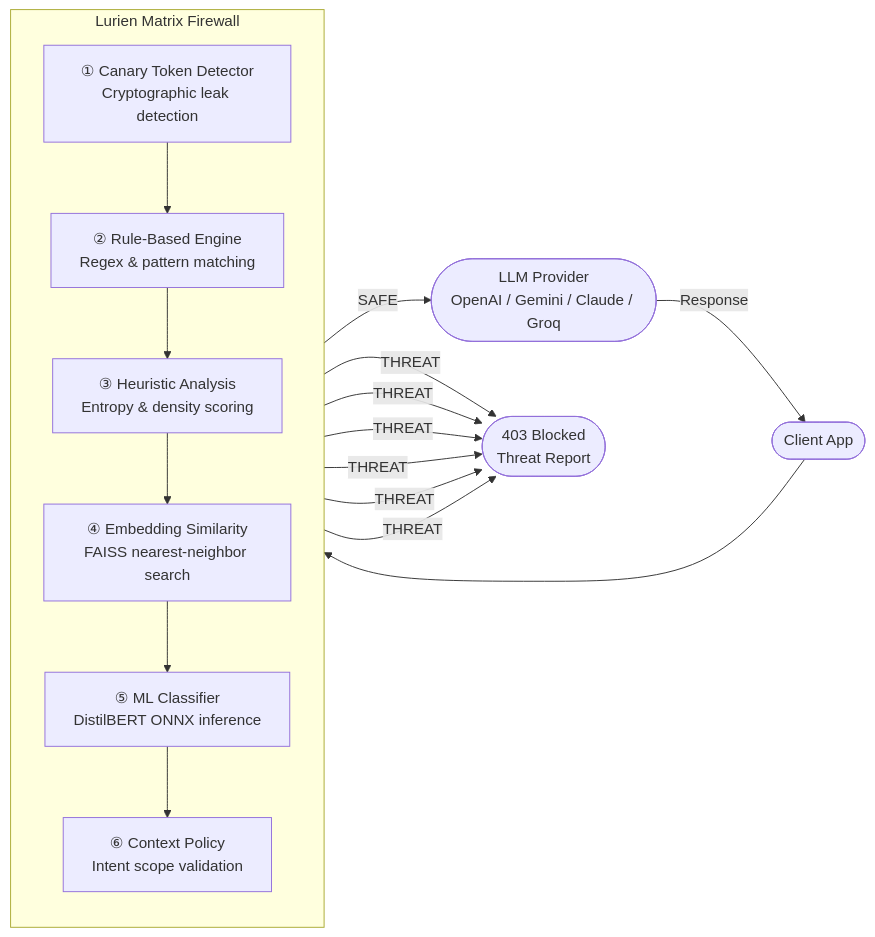
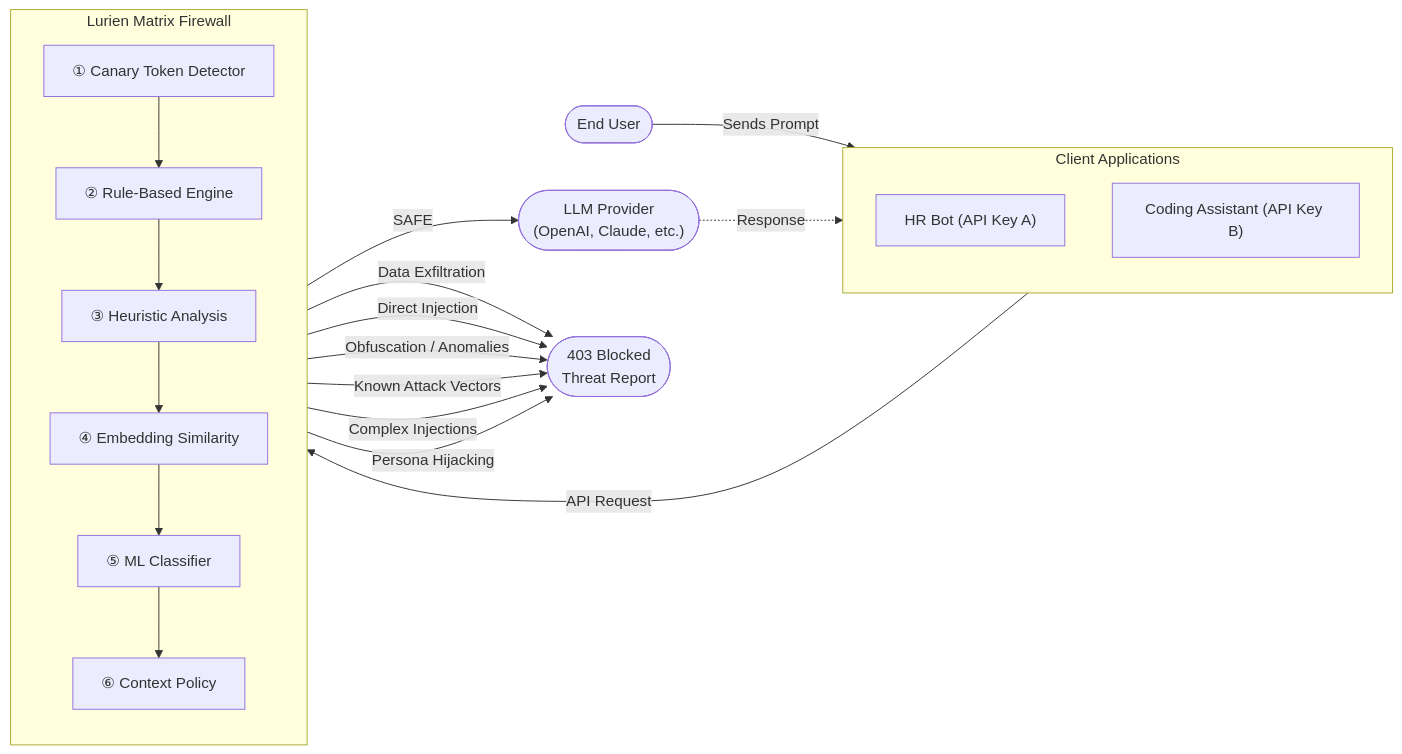
The diagram in README.md (imshreyaskn/lurien-matrix), drawn with Mermaid before and after one commit.

Commit message:
docs: update architecture diagram with multiple clients and attack types

````diff
--- a/README.md
+++ b/README.md
@@ -13,26 +13,38 @@
 ```mermaid
 flowchart LR
-    Client(["Client App"])
+    User(["End User"])
+    
+    subgraph ClientApps["Client Applications"]
+        direction TB
+        App1["HR Bot (API Key A)"]
+        App2["Coding Assistant (API Key B)"]
+    end
+    
+    User -->|"Sends Prompt"| ClientApps
+    
     subgraph Firewall["Lurien Matrix Firewall"]
         direction TB
-        L1["① Canary Token Detector\nCryptographic leak detection"]
-        L2["② Rule-Based Engine\nRegex & pattern matching"]
-        L3["③ Heuristic Analysis\nEntropy & density scoring"]
-        L4["④ Embedding Similarity\nFAISS nearest-neighbor search"]
-        L5["⑤ ML Classifier\nDistilBERT ONNX inference"]
-        L6["⑥ Context Policy\nIntent scope validation"]
+        L1["① Canary Token Detector"]
+        L2["② Rule-Based Engine"]
+        L3["③ Heuristic Analysis"]
+        L4["④ Embedding Similarity"]
+        L5["⑤ ML Classifier"]
+        L6["⑥ Context Policy"]
         L1 --> L2 --> L3 --> L4 --> L5 --> L6
     end
-    LLM(["LLM Provider\nOpenAI / Gemini / Claude / Groq"])
+    
+    ClientApps -->|"API Request"| L1
+    
+    LLM(["LLM Provider\n(OpenAI, Claude, etc.)"])
     Block(["403 Blocked\nThreat Report"])
 
-    Client --> L1
     L6 -->|"SAFE"| LLM
-    LLM -->|"Response"| Client
-    L1 -->|"THREAT"| Block
-    L2 -->|"THREAT"| Block
-    L3 -->|"THREAT"| Block
-    L4 -->|"THREAT"| Block
-    L5 -->|"THREAT"| Block
-    L6 -->|"THREAT"| Block
+    LLM -.->|"Response"| ClientApps
+    
+    L1 -->|"Data Exfiltration"| Block
+    L2 -->|"Direct Injection"| Block
+    L3 -->|"Obfuscation / Anomalies"| Block
+    L4 -->|"Known Attack Vectors"| Block
+    L5 -->|"Complex Injections"| Block
+    L6 -->|"Persona Hijacking"| Block
 ```
````
